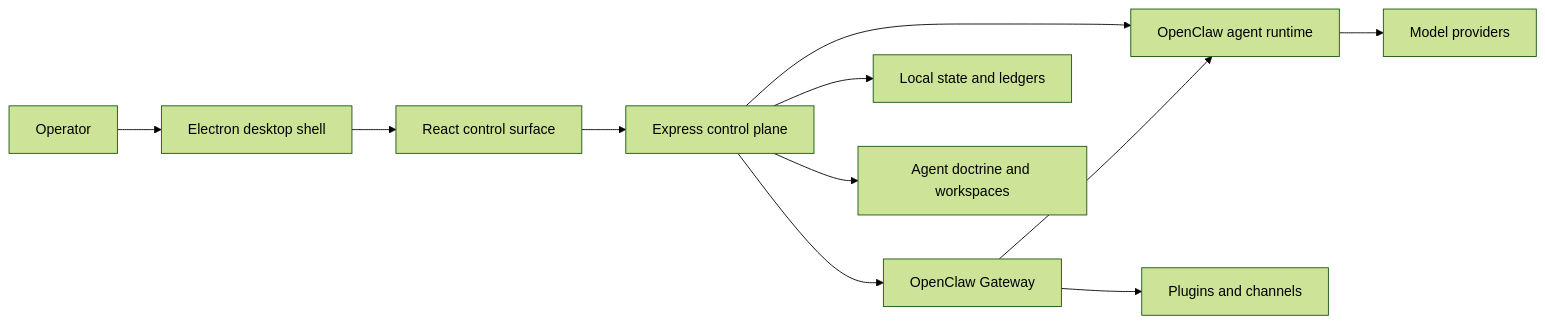
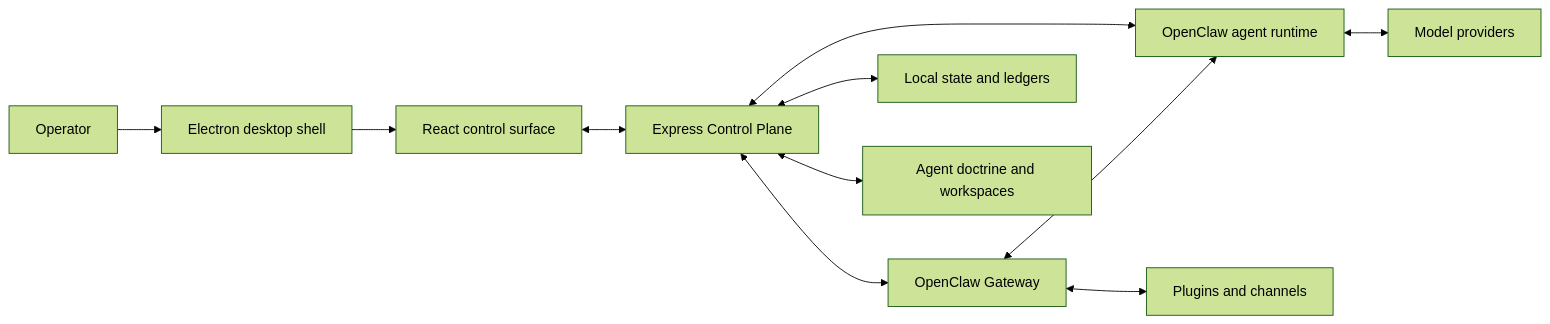
One commit to hotboysupreme12-hash/Automnia-AI-Nexus changed the third of 3 diagrams in README.md. Above: the diagram before and after it, drawn with Mermaid (forest theme). The commit also changed other lines of this file, not shown here.

````diff
--- a/README.md
+++ b/README.md
@@ -119,24 +275,24 @@
 ```mermaid
 flowchart LR
   Operator["Operator"]
   Electron["Electron desktop shell"]
   UI["React control surface"]
-  API["Express control plane"]
+  API["Express Control Plane"]
   Gateway["OpenClaw Gateway"]
   Runtime["OpenClaw agent runtime"]
   Providers["Model providers"]
   Plugins["Plugins and channels"]
   State["Local state and ledgers"]
   Files["Agent doctrine and workspaces"]
 
   Operator --> Electron
   Electron --> UI
-  UI --> API
-  API --> Gateway
-  Gateway --> Runtime
-  Runtime --> Providers
-  Gateway --> Plugins
-  API --> State
-  API --> Files
-  API --> Runtime
+  UI <--> API
+  API <--> Gateway
+  Gateway <--> Runtime
+  Runtime <--> Providers
+  Gateway <--> Plugins
+  API <--> State
+  API <--> Files
+  API <--> Runtime
 ```
````
